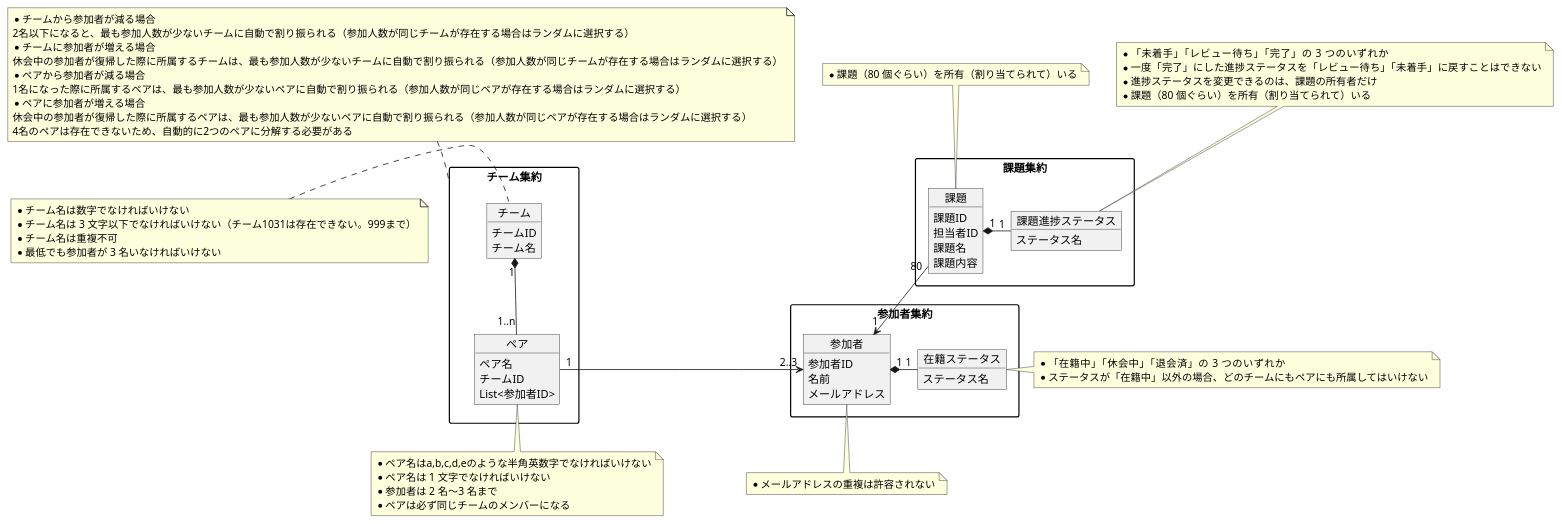
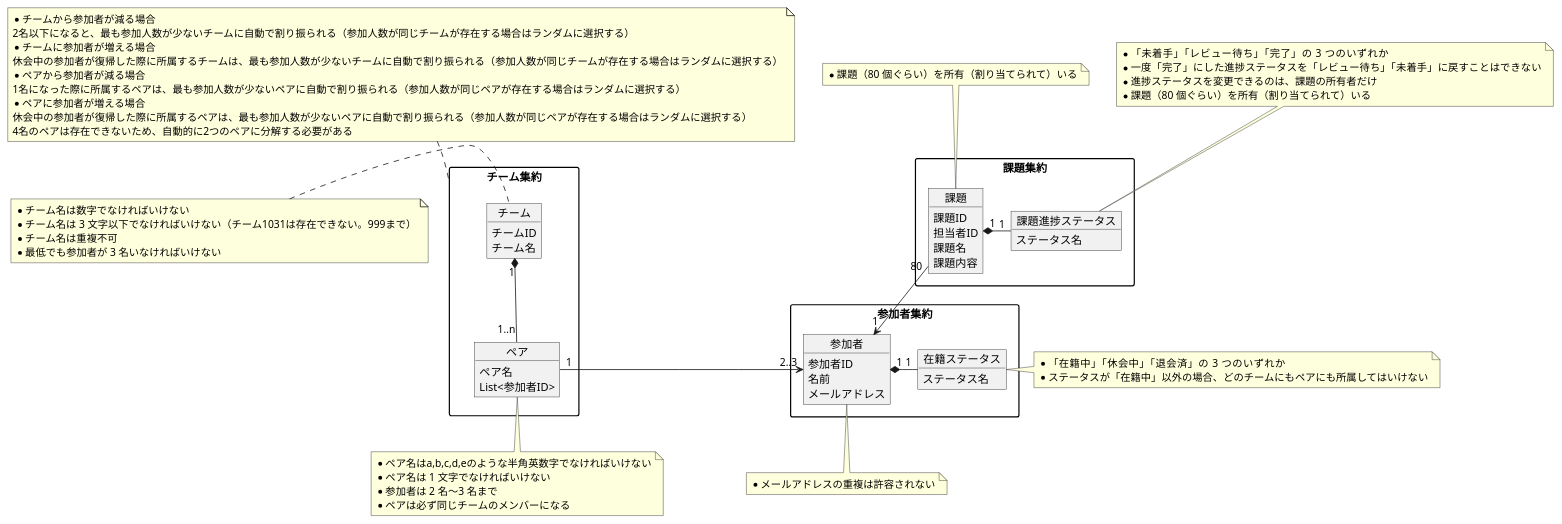
Before and after one commit to tsubasa1122/praha-challenge-ddd: the diagram in design/domain-model/domain-model.wsd, drawn with PlantUML. The commit also changed 7 other files, not shown here.

```diff
--- a/design/domain-model/domain-model.wsd
+++ b/design/domain-model/domain-model.wsd
@@ -1,91 +1,90 @@
 @startuml praha-challenge
 skinparam PackageStyle rectangle
 
 package チーム集約 {
     object チーム {
         チームID
         チーム名
     }
     object ペア {
         ペア名
-        チームID
         List<参加者ID>
     }
 }
 
 package 参加者集約 {
     object 参加者 {
         参加者ID
         名前
         メールアドレス
     }
     object 在籍ステータス {
         ステータス名
     }
 }
 
 package 課題集約 {
     object 課題 {
         課題ID
         担当者ID
         課題名
         課題内容
     }
     object 課題進捗ステータス {
         ステータス名
     }
 }
 
 note top of チーム集約
     * チームから参加者が減る場合
     2名以下になると、最も参加人数が少ないチームに自動で割り振られる（参加人数が同じチームが存在する場合はランダムに選択する）
     * チームに参加者が増える場合
     休会中の参加者が復帰した際に所属するチームは、最も参加人数が少ないチームに自動で割り振られる（参加人数が同じチームが存在する場合はランダムに選択する）
     * ペアから参加者が減る場合
     1名になった際に所属するペアは、最も参加人数が少ないペアに自動で割り振られる（参加人数が同じペアが存在する場合はランダムに選択する）
     * ペアに参加者が増える場合
     休会中の参加者が復帰した際に所属するペアは、最も参加人数が少ないペアに自動で割り振られる（参加人数が同じペアが存在する場合はランダムに選択する）
     4名のペアは存在できないため、自動的に2つのペアに分解する必要がある
 end note
 
 note left of チーム
     * チーム名は数字でなければいけない
     * チーム名は 3 文字以下でなければいけない（チーム1031は存在できない。999まで）
     * チーム名は重複不可
     * 最低でも参加者が 3 名いなければいけない
 end note
 
 note bottom of ペア
     * ペア名はa,b,c,d,eのような半角英数字でなければいけない
     * ペア名は 1 文字でなければいけない
     * 参加者は 2 名〜3 名まで
     * ペアは必ず同じチームのメンバーになる
 end note
 
 note bottom of 参加者
     * メールアドレスの重複は許容されない
 end note
 
 note right of 在籍ステータス
     * 「在籍中」「休会中」「退会済」の 3 つのいずれか
     * ステータスが「在籍中」以外の場合、どのチームにもペアにも所属してはいけない
 end note
 
 note top of 課題
     * 課題（80 個ぐらい）を所有（割り当てられて）いる
 end note
 
 note top of 課題進捗ステータス
     * 「未着手」「レビュー待ち」「完了」の 3 つのいずれか
     * 一度「完了」にした進捗ステータスを「レビュー待ち」「未着手」に戻すことはできない
     * 進捗ステータスを変更できるのは、課題の所有者だけ
     * 課題（80 個ぐらい）を所有（割り当てられて）いる
 end note
 
 課題 "1" *-left- "1" 課題進捗ステータス
 参加者 "1" <-up- "80" 課題
 在籍ステータス "1" -left-* "1" 参加者
 参加者 "2..3" <-right- "1" ペア
 チーム "1" *-down- "1..n" ペア
 
 @enduml
```
